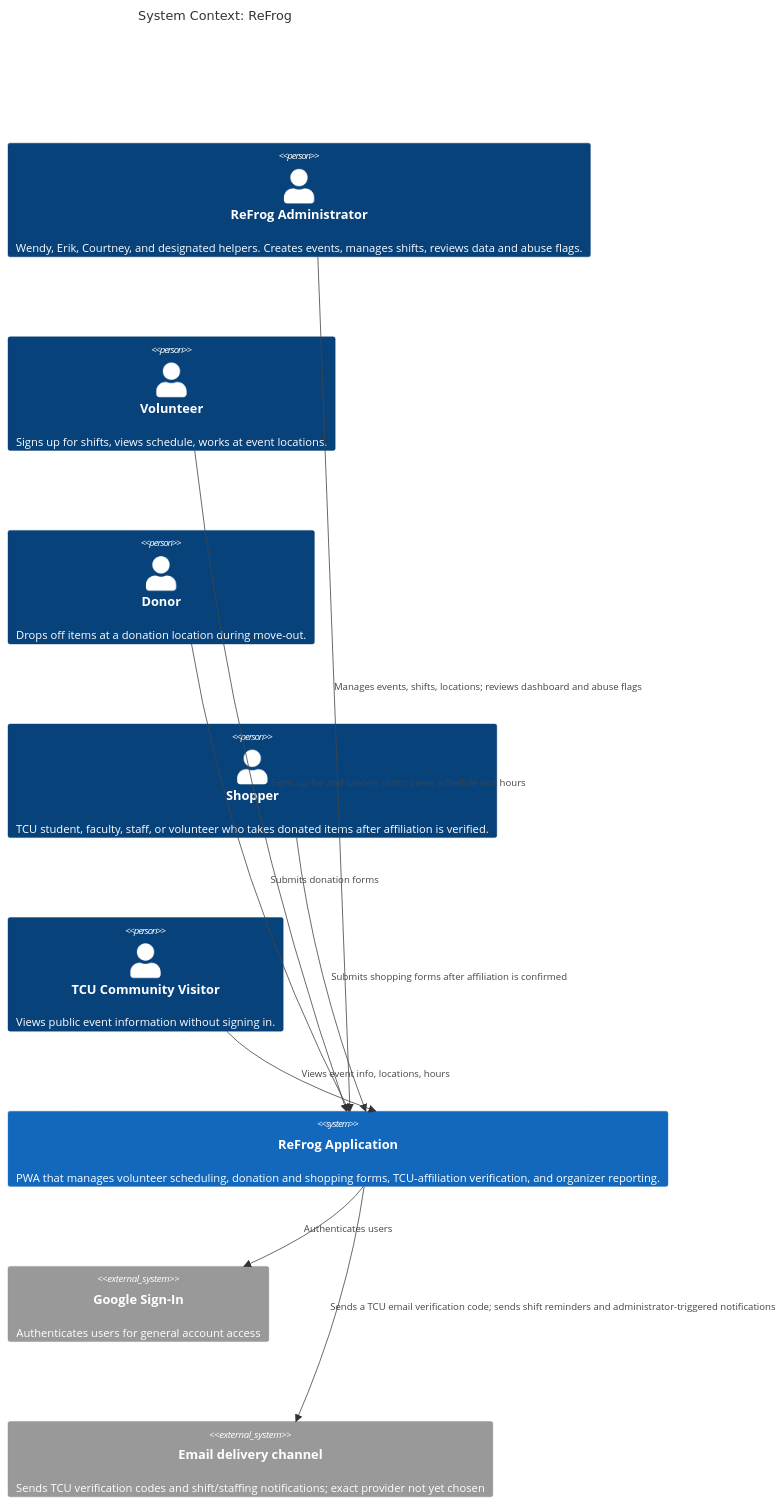
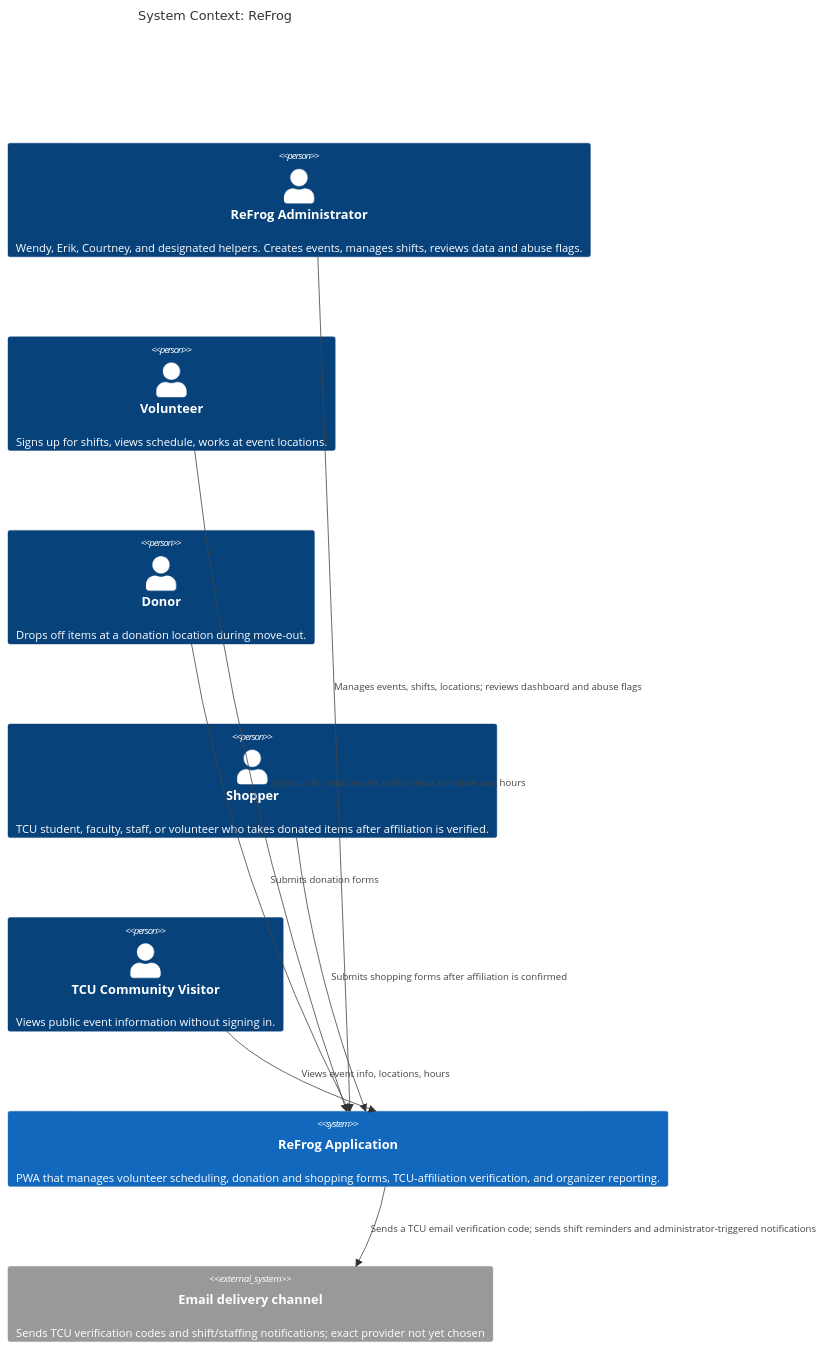
Before and after one commit to evelyntrann/cosc-40943-team-3-refrog: the first of 3 diagrams in docs/design/architectural-design.md, drawn with Mermaid. The commit also changed other lines of this file and 9 other files, not shown here.

````diff
--- a/docs/design/architectural-design.md
+++ b/docs/design/architectural-design.md
@@ -106,23 +106,21 @@
 ```mermaid
 C4Context
     title System Context: ReFrog
 
     Person(admin, "ReFrog Administrator", "Wendy, Erik, Courtney, and designated helpers. Creates events, manages shifts, reviews data and abuse flags.")
     Person(volunteer, "Volunteer", "Signs up for shifts, views schedule, works at event locations.")
     Person(donor, "Donor", "Drops off items at a donation location during move-out.")
     Person(shopper, "Shopper", "TCU student, faculty, staff, or volunteer who takes donated items after affiliation is verified.")
     Person(visitor, "TCU Community Visitor", "Views public event information without signing in.")
 
     System(refrog, "ReFrog Application", "PWA that manages volunteer scheduling, donation and shopping forms, TCU-affiliation verification, and organizer reporting.")
 
-    System_Ext(authprovider, "Google Sign-In", "Authenticates users for general account access")
     System_Ext(notification, "Email delivery channel", "Sends TCU verification codes and shift/staffing notifications; exact provider not yet chosen")
 
     Rel(admin, refrog, "Manages events, shifts, locations; reviews dashboard and abuse flags")
     Rel(volunteer, refrog, "Signs up for and cancels shifts; views schedule and hours")
     Rel(donor, refrog, "Submits donation forms")
     Rel(shopper, refrog, "Submits shopping forms after affiliation is confirmed")
     Rel(visitor, refrog, "Views event info, locations, hours")
-    Rel(refrog, authprovider, "Authenticates users")
     Rel(refrog, notification, "Sends a TCU email verification code; sends shift reminders and administrator-triggered notifications")
 ```
````
